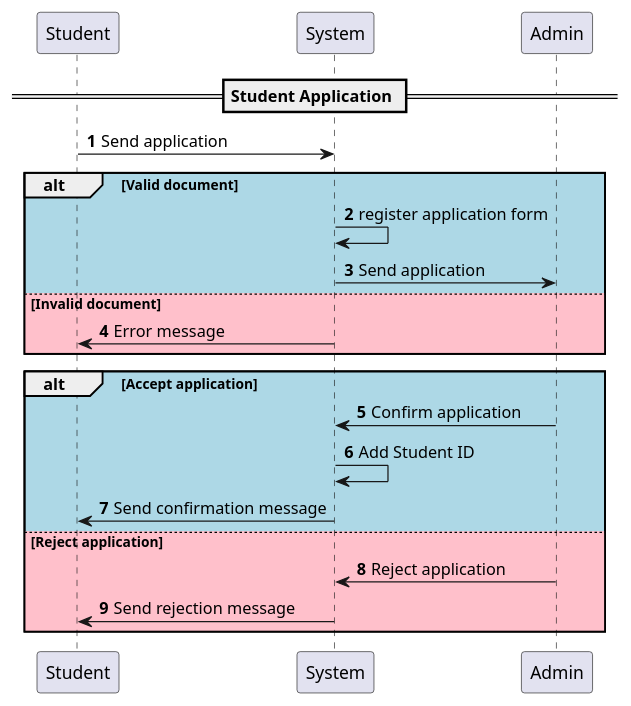
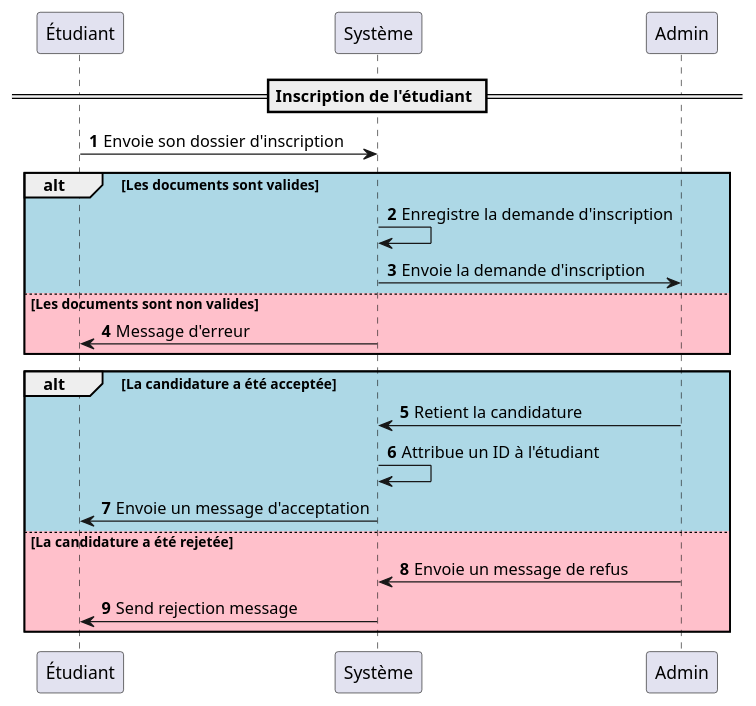
The diagram in Application_Sequence.puml (KMorere/school_uml), drawn with PlantUML before and after one commit.

Commit message:
traduction en francais

```diff
--- a/Application_Sequence.puml
+++ b/Application_Sequence.puml
@@ -1,26 +1,26 @@
 @startuml
 'https://plantuml.com/sequence-diagram
 
 autonumber
 
-== Student Application ==
+== Inscription de l'étudiant ==
 
-Student -> System : Send application
+Étudiant -> Système : Envoie son dossier d'inscription
 
-alt #lightblue Valid document
-    System -> System : register application form
-    System -> Admin : Send application
-else #pink Invalid document
-    System -> Student : Error message
+alt #lightblue Les documents sont valides
+    Système -> Système : Enregistre la demande d'inscription
+    Système -> Admin : Envoie la demande d'inscription
+else #pink Les documents sont non valides
+    Système -> Étudiant : Message d'erreur
 end
 
-alt #lightblue Accept application
-    Admin -> System : Confirm application
-    System -> System : Add Student ID
-    System -> Student : Send confirmation message
-else #pink Reject application
-    Admin -> System : Reject application
-    System -> Student : Send rejection message
+alt #lightblue La candidature a été acceptée
+    Admin -> Système : Retient la candidature
+    Système -> Système : Attribue un ID à l'étudiant
+    Système -> Étudiant : Envoie un message d'acceptation
+else #pink La candidature a été rejetée
+    Admin -> Système : Envoie un message de refus
+    Système -> Étudiant : Send rejection message
 end
 
 @enduml
```
